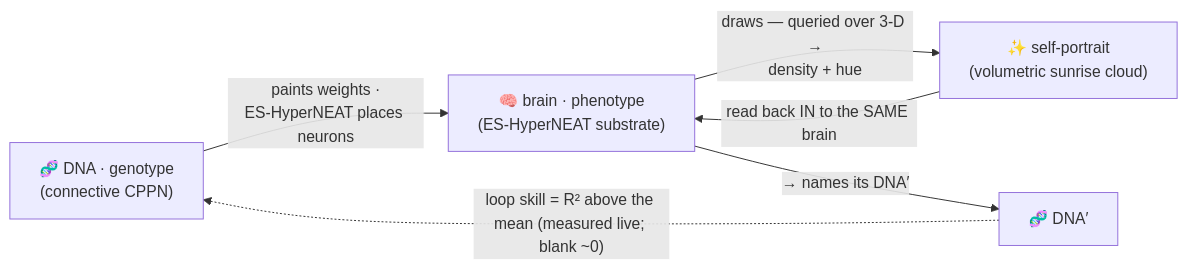
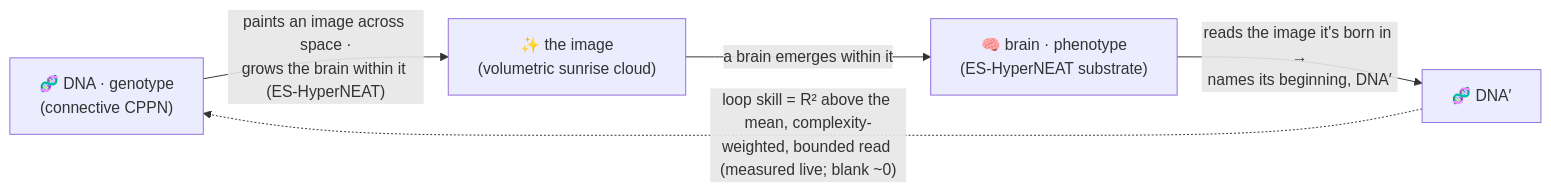
The first of 3 diagrams in docs/notes/architecture.md (admiralakber/autograph), drawn with Mermaid before and after one commit. The commit also changed other lines of this file and 20 other files, not shown here.

````diff
--- a/docs/notes/architecture.md
+++ b/docs/notes/architecture.md
@@ -37,8 +37,7 @@
 ```mermaid
 flowchart LR
-  DNA["🧬 DNA · genotype<br/>(connective CPPN)"] -->|"paints weights ·<br/>ES-HyperNEAT places neurons"| PHENO["🧠 brain · phenotype<br/>(ES-HyperNEAT substrate)"]
-  PHENO -->|"draws — queried over 3-D →<br/>density + hue"| ART["✨ self-portrait<br/>(volumetric sunrise cloud)"]
-  ART -->|"read back IN to the SAME brain"| PHENO
-  PHENO -->|"→ names its DNA′"| DNA2["🧬 DNA′"]
-  DNA2 -. "loop skill = R² above the mean (measured live; blank ~0)" .-> DNA
+  DNA["🧬 DNA · genotype<br/>(connective CPPN)"] -->|"paints an image across space ·<br/>grows the brain within it (ES-HyperNEAT)"| ART["✨ the image<br/>(volumetric sunrise cloud)"]
+  ART -->|"a brain emerges within it"| PHENO["🧠 brain · phenotype<br/>(ES-HyperNEAT substrate)"]
+  PHENO -->|"reads the image it's born in →<br/>names its beginning, DNA′"| DNA2["🧬 DNA′"]
+  DNA2 -. "loop skill = R² above the mean, complexity-weighted, bounded read (measured live; blank ~0)" .-> DNA
 ```
````
